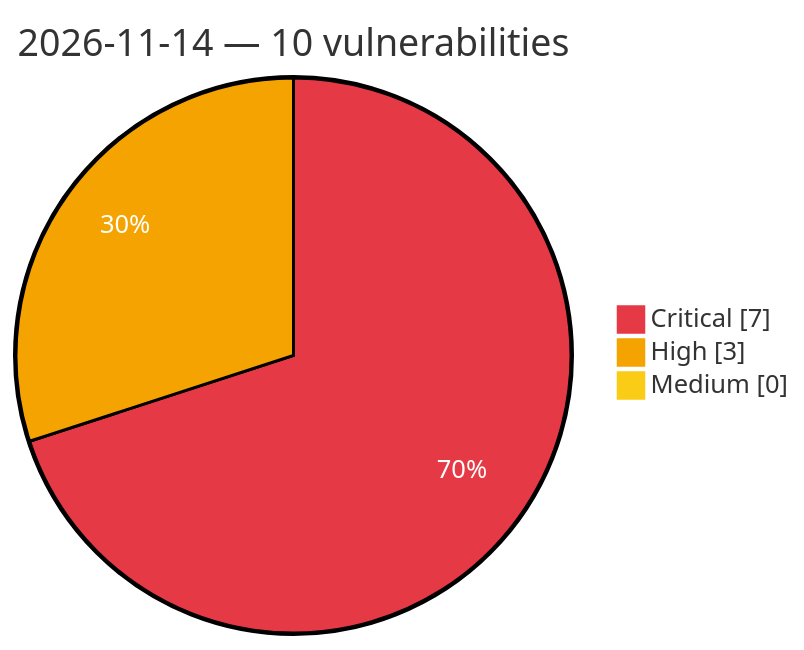
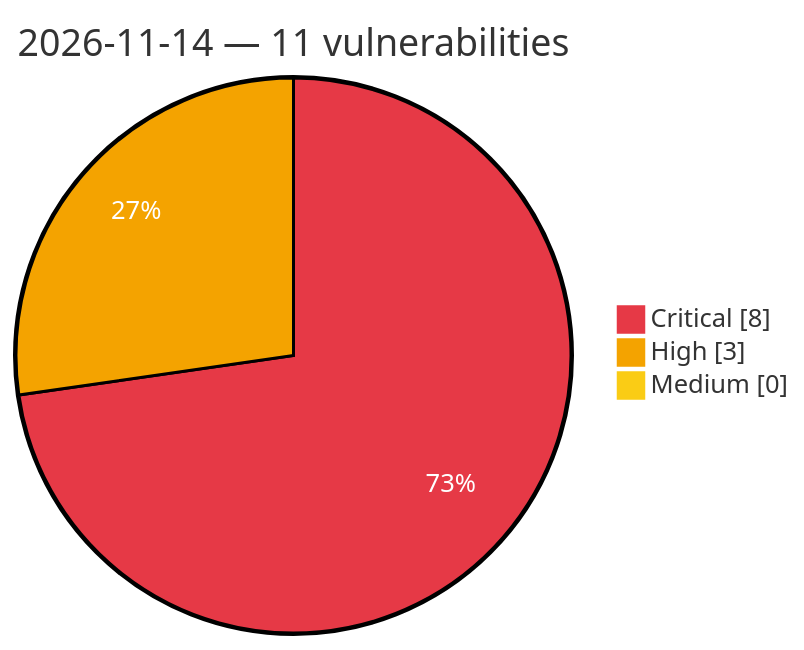
Before and after one commit to GhostX0X/vuln-tracker: the diagram in vulnerabilities/2026/November/2026-11-14.md, drawn with Mermaid. The commit also changed other lines of this file and 5 other files, not shown here.

````diff
--- a/vulnerabilities/2026/November/2026-11-14.md
+++ b/vulnerabilities/2026/November/2026-11-14.md
@@ -3,8 +3,8 @@
 ```mermaid
 %%{init: {'theme':'base', 'themeVariables': {'pie1':'#e63946', 'pie2':'#f4a300', 'pie3':'#facc15', 'pieOpacity':'1', 'pieOuterStrokeWidth':'2px', 'pieSectionTextColor':'#ffffff'}}}%%
 pie showData
-    title 2026-11-14 — 10 vulnerabilities
-    "Critical" : 7
+    title 2026-11-14 — 11 vulnerabilities
+    "Critical" : 8
     "High" : 3
     "Medium" : 0
 ```
````
